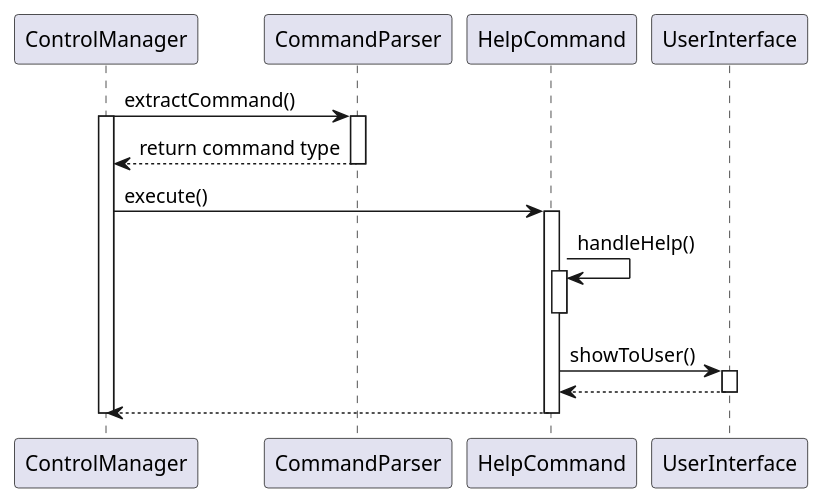
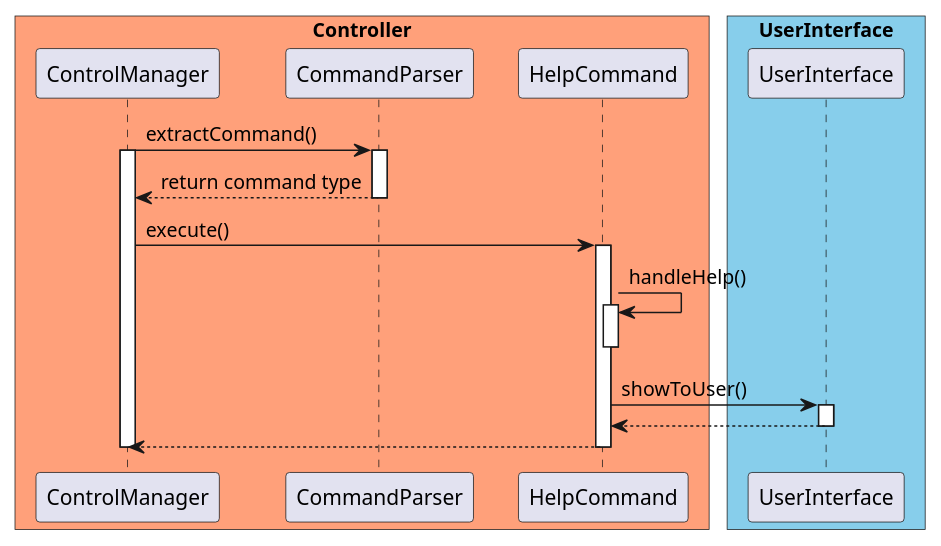
Before and after one commit to untitle4/tp: the diagram in docs/diagram/Help.puml, drawn with PlantUML. The commit also changed 12 other files, not shown here.

Commit message:
Update uml diagrams to support colors

```diff
--- a/docs/diagram/Help.puml
+++ b/docs/diagram/Help.puml
@@ -1,23 +1,38 @@
 @startuml
+
+skinparam ParticipantPadding 10
+skinparam BoxPadding 5
+
+box "Controller" #LightSalmon
+participant ControlManager
+participant CommandParser
+participant HelpCommand
+end box
+
+box "UserInterface" #skyblue
+participant UserInterface
+end box
+
+
 ControlManager -> CommandParser: extractCommand()
 activate ControlManager
 activate CommandParser
 CommandParser --> ControlManager: return command type
 deactivate CommandParser
 
 ControlManager -> HelpCommand: execute()
 activate HelpCommand
 HelpCommand -> HelpCommand: handleHelp()
 activate HelpCommand
 deactivate HelpCommand
 
 HelpCommand -> UserInterface: showToUser()
 activate UserInterface
 UserInterface --> HelpCommand
 deactivate UserInterface
 HelpCommand --> ControlManager
 
 deactivate ControlManager
 deactivate HelpCommand
 
 @enduml
```
